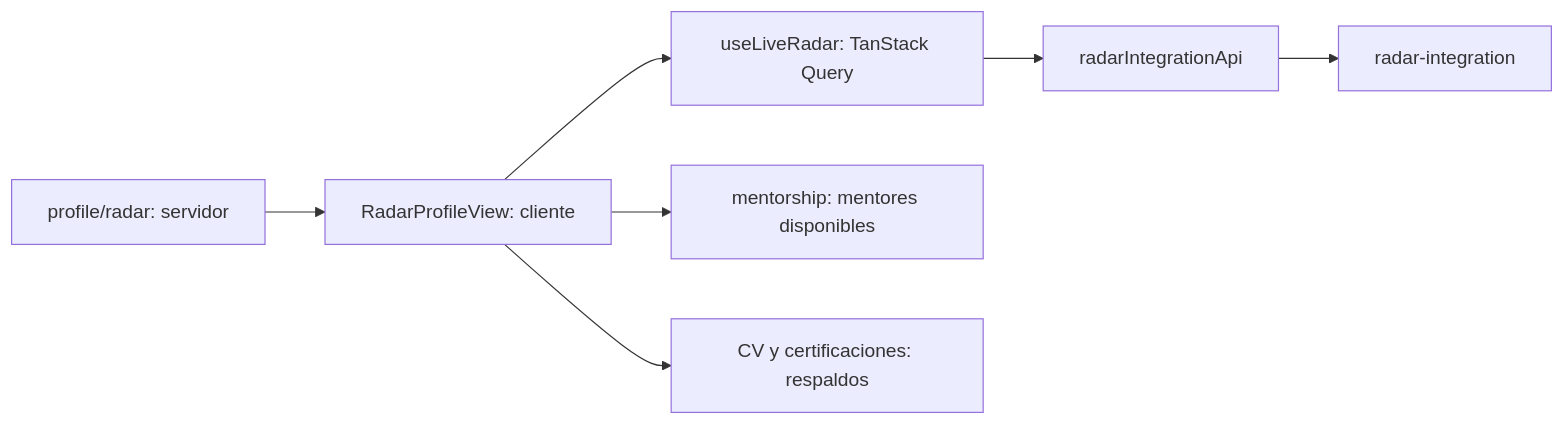
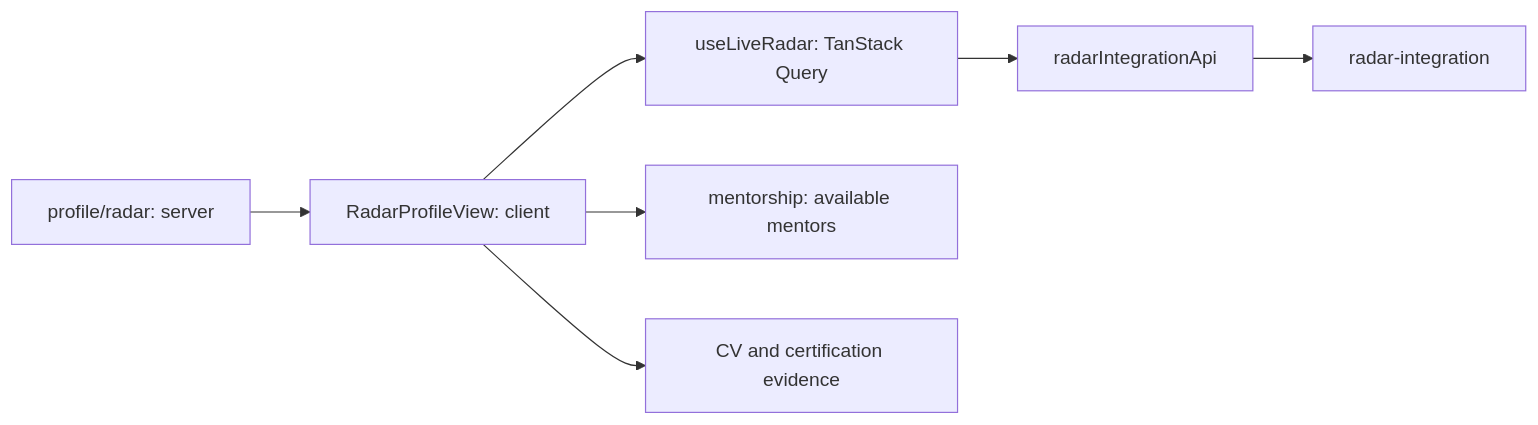
One commit to UMSSY/umssy-app changed the first of 2 diagrams in docs/radar-chart/README.md. Above: the diagram before and after it, drawn with Mermaid. The commit also changed other lines of this file and 6 other files, not shown here.

````diff
--- a/docs/radar-chart/README.md
+++ b/docs/radar-chart/README.md
@@ -9,9 +9,9 @@
 ```mermaid
 flowchart LR
-  Route[profile/radar: servidor] --> View[RadarProfileView: cliente]
+  Route[profile/radar: server] --> View[RadarProfileView: client]
   View --> Query[useLiveRadar: TanStack Query]
   Query --> Api[radarIntegrationApi]
   Api --> Backend[radar-integration]
-  View --> Mentors[mentorship: mentores disponibles]
-  View --> Evidence[CV y certificaciones: respaldos]
+  View --> Mentors[mentorship: available mentors]
+  View --> Evidence[CV and certification evidence]
 ```
````
